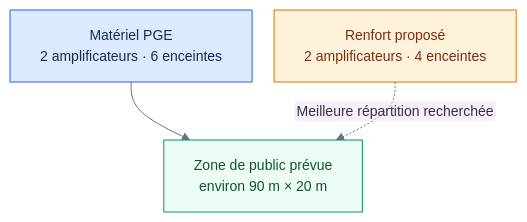
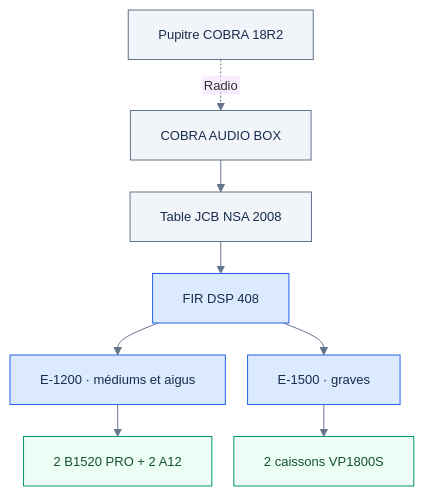
Before and after one commit to HAZIT-FR/PGE-SONO: the first of 3 diagrams in README.md, drawn with Mermaid. The commit also changed other lines of this file, not shown here.

```diff
--- a/README.md
+++ b/README.md
@@ -59,15 +90,22 @@
 ~~~mermaid
-%%{init: {"flowchart": {"nodeSpacing": 22, "rankSpacing": 38, "htmlLabels": false}, "theme": "base", "themeVariables": {"fontSize": "14px", "lineColor": "#64748b"}}}%%
+%%{init: {"flowchart": {"nodeSpacing": 22, "rankSpacing": 32, "htmlLabels": false}, "theme": "base", "themeVariables": {"fontSize": "13px", "lineColor": "#64748b"}}}%%
 flowchart TB
-  A["Matériel PGE<br/>2 amplificateurs · 6 enceintes"]
-  B["Zone de public prévue<br/>environ 90 m × 20 m"]
-  C["Renfort proposé<br/>2 amplificateurs · 4 enceintes"]
-  A --> B
-  C -. "Meilleure répartition recherchée" .-> B
-  classDef current fill:#dbeafe,stroke:#2563eb,color:#172b4d;
-  classDef proposed fill:#fff2db,stroke:#d97706,color:#7c2d12;
-  classDef audience fill:#ecfdf5,stroke:#059669,color:#14532d;
-  class A current;
-  class B audience;
-  class C proposed;
+  A["Pupitre COBRA 18R2"]
+  B["COBRA AUDIO BOX"]
+  C["Table JCB NSA 2008"]
+  D["FIR DSP 408"]
+  E["E-1200 · médiums et aigus"]
+  F["E-1500 · graves"]
+  G["2 B1520 PRO + 2 A12"]
+  H["2 caissons VP1800S"]
+  A -. "Radio" .-> B
+  B --> C --> D
+  D --> E --> G
+  D --> F --> H
+  classDef source fill:#f1f5f9,stroke:#64748b,color:#172b4d;
+  classDef processing fill:#dbeafe,stroke:#2563eb,color:#172b4d;
+  classDef output fill:#ecfdf5,stroke:#059669,color:#14532d;
+  class A,B,C source;
+  class D,E,F processing;
+  class G,H output;
 ~~~
```
